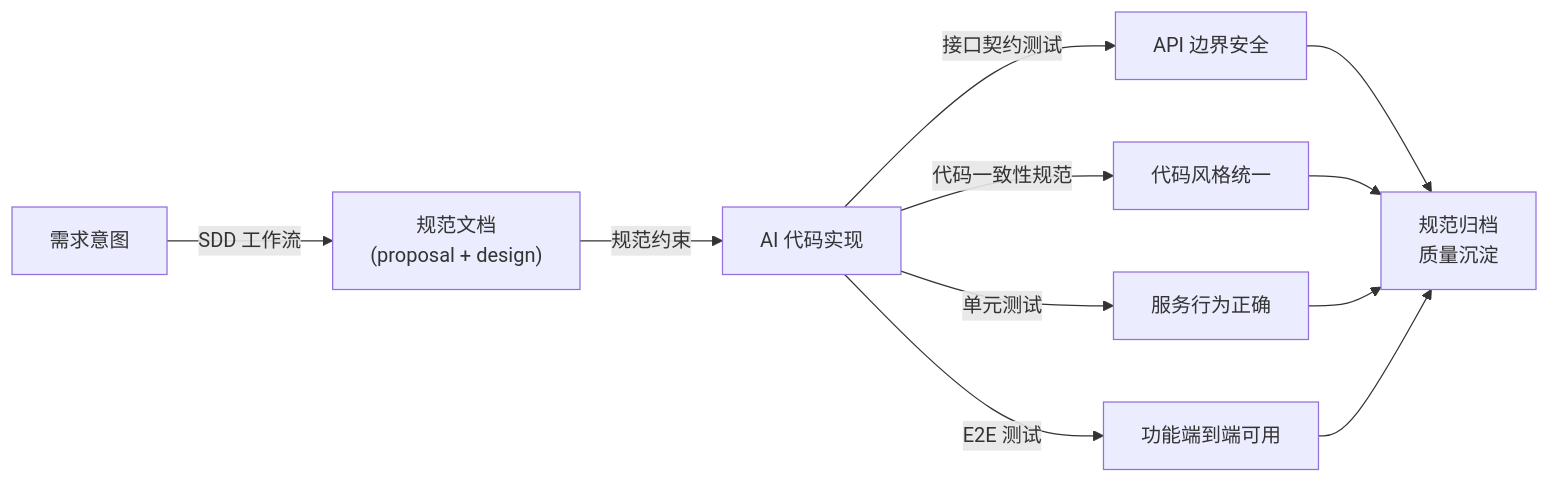
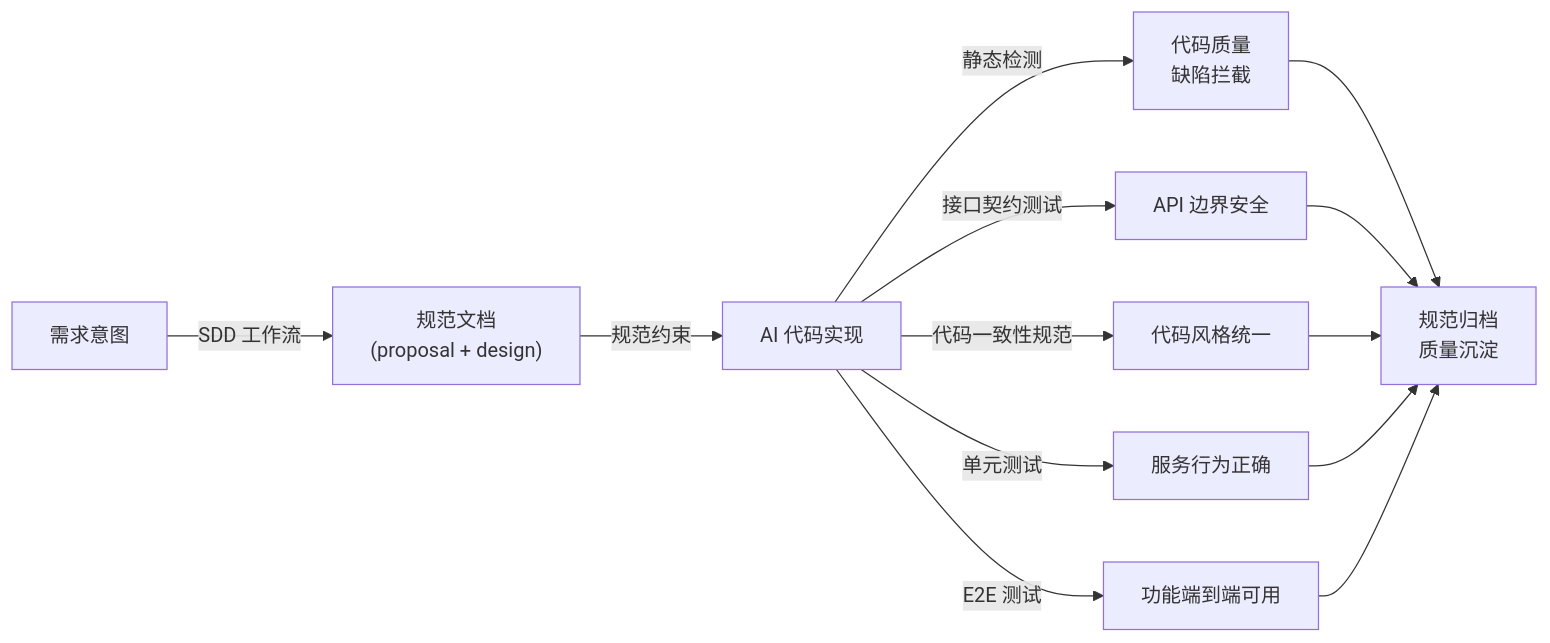
One commit to linaproai/linapro-site changed the third of 3 diagrams in apps/lina-site/docs/docs/1000-concepts/4000-ai-engineering-quality.md. Above: the diagram before and after it, drawn with Mermaid. The commit also changed other lines of this file and 3 other files, not shown here.

````diff
--- a/apps/lina-site/docs/docs/1000-concepts/4000-ai-engineering-quality.md
+++ b/apps/lina-site/docs/docs/1000-concepts/4000-ai-engineering-quality.md
@@ -223,10 +258,11 @@
 ```mermaid
 flowchart LR
     A["需求意图"] -->|"SDD 工作流"| B["规范文档<br/>(proposal + design)"]
     B -->|"规范约束"| C["AI 代码实现"]
+    C -->|"静态检测"| I["代码质量<br/>缺陷拦截"]
     C -->|"接口契约测试"| D["API 边界安全"]
     C -->|"代码一致性规范"| E["代码风格统一"]
     C -->|"单元测试"| F["服务行为正确"]
     C -->|"E2E 测试"| G["功能端到端可用"]
-    D & E & F & G --> H["规范归档<br/>质量沉淀"]
+    I & D & E & F & G --> H["规范归档<br/>质量沉淀"]
 ```
````
